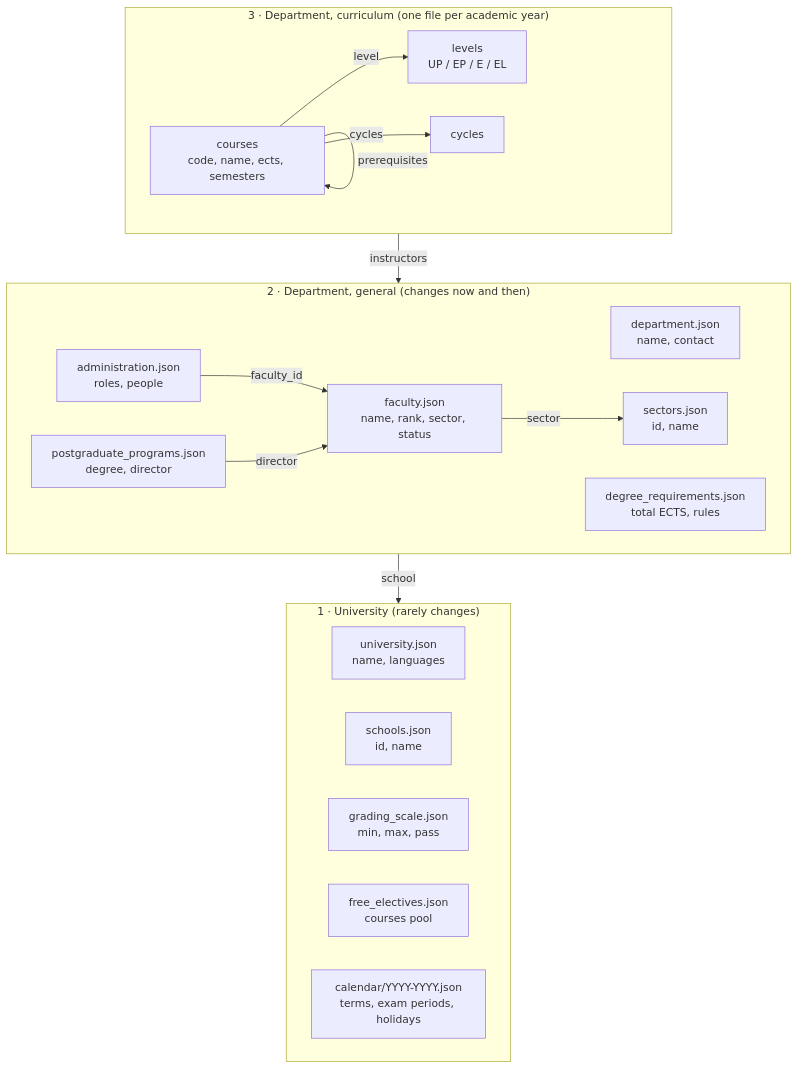
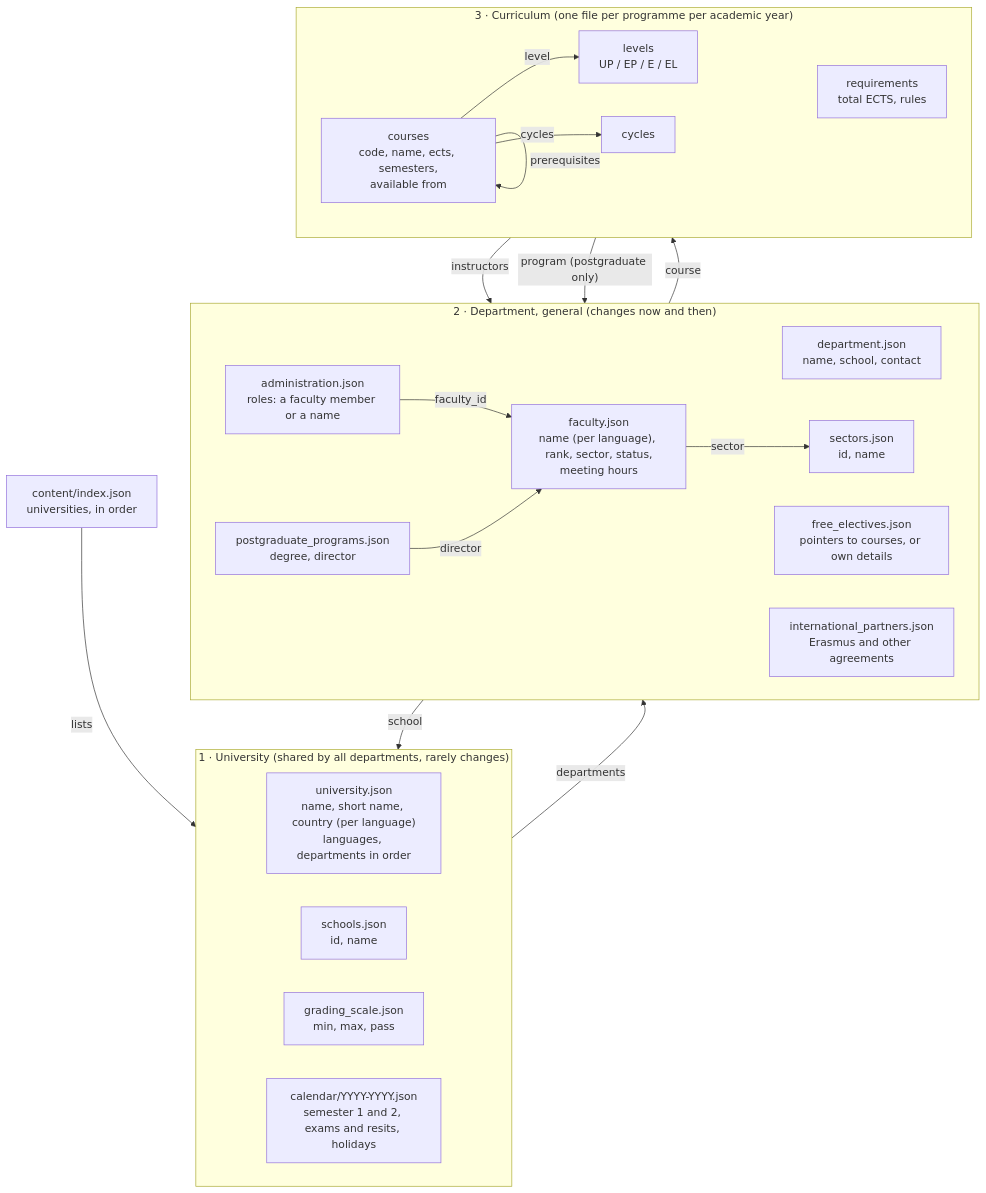
The diagram in docs/schema-map.md (Swkratis210204/ABC_Guides), drawn with Mermaid before and after one commit. The commit also changed other lines of this file and 46 other files, not shown here.

````diff
--- a/docs/schema-map.md
+++ b/docs/schema-map.md
@@ -5,37 +7,44 @@
 ```mermaid
 flowchart TB
-  subgraph UNI["1 · University (rarely changes)"]
+  index["content/index.json<br/>universities, in order"]
+
+  subgraph UNI["1 · University (shared by all departments, rarely changes)"]
     direction LR
-    university["university.json<br/>name, languages"]
+    university["university.json<br/>name, short name, country (per language)<br/>languages, departments in order"]
     schools["schools.json<br/>id, name"]
     grading["grading_scale.json<br/>min, max, pass"]
-    free["free_electives.json<br/>courses pool"]
-    calendar["calendar/YYYY-YYYY.json<br/>terms, exam periods, holidays"]
+    calendar["calendar/YYYY-YYYY.json<br/>semester 1 and 2, exams and resits, holidays"]
   end
 
   subgraph GEN["2 · Department, general (changes now and then)"]
     direction LR
-    department["department.json<br/>name, contact"]
+    department["department.json<br/>name, school, contact"]
     sectors["sectors.json<br/>id, name"]
-    faculty["faculty.json<br/>name, rank, sector, status"]
-    administration["administration.json<br/>roles, people"]
+    faculty["faculty.json<br/>name (per language), rank, sector, status,<br/>meeting hours"]
+    administration["administration.json<br/>roles: a faculty member or a name"]
+    free["free_electives.json<br/>pointers to courses, or own details"]
+    partners["international_partners.json<br/>Erasmus and other agreements"]
     programs["postgraduate_programs.json<br/>degree, director"]
-    requirements["degree_requirements.json<br/>total ECTS, rules"]
   end
 
-  subgraph CUR["3 · Department, curriculum (one file per academic year)"]
+  subgraph CUR["3 · Curriculum (one file per programme per academic year)"]
     direction LR
+    requirements["requirements<br/>total ECTS, rules"]
     levels["levels<br/>UP / EP / E / EL"]
     cycles["cycles"]
-    courses["courses<br/>code, name, ects, semesters"]
+    courses["courses<br/>code, name, ects, semesters,<br/>available from"]
   end
 
+  index -- lists --> university
+  university -- departments --> department
   department -- school --> schools
   faculty -- sector --> sectors
   administration -- faculty_id --> faculty
   programs -- director --> faculty
+  free -- course --> courses
+  CUR -- program (postgraduate only) --> programs
   courses -- level --> levels
   courses -- cycles --> cycles
   courses -- instructors --> faculty
   courses -- prerequisites --> courses
 ```
````
